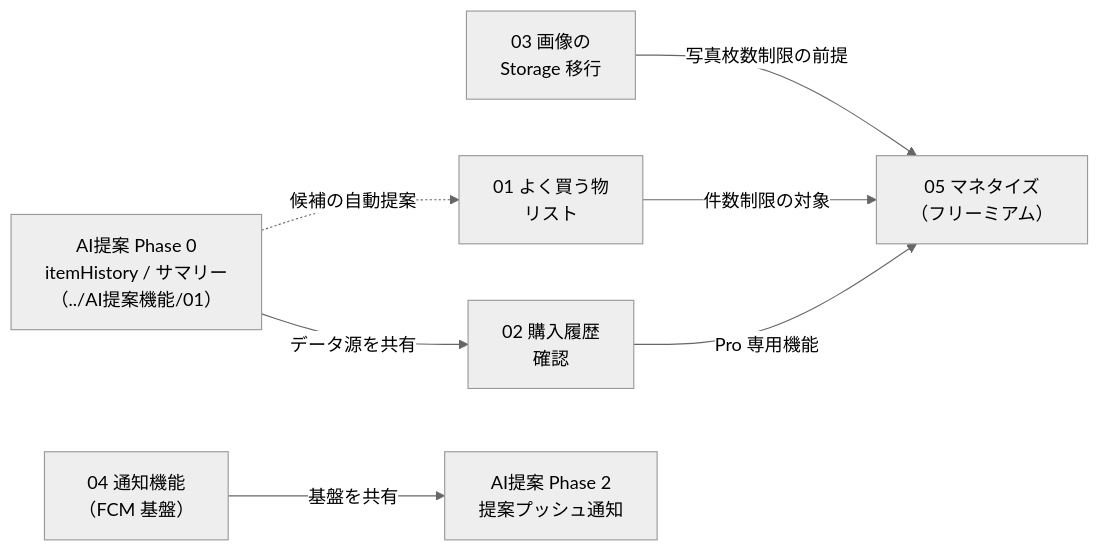
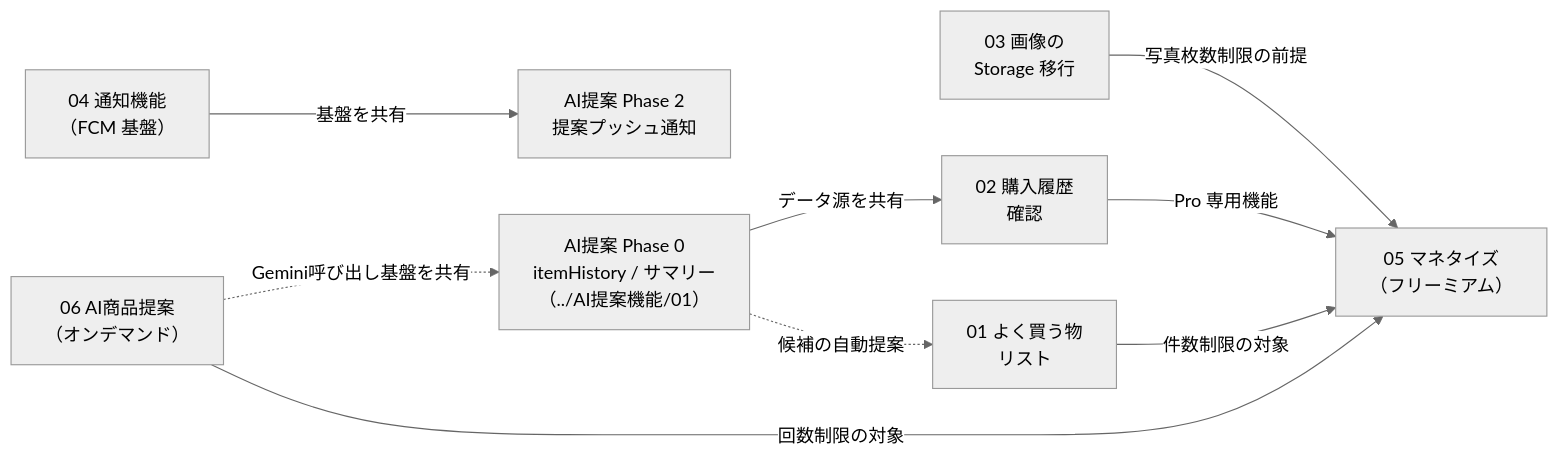
The diagram in docs/ドラフト/機能構想/README.md (ekusy/shopping-list-app-flutter), drawn with Mermaid (neutral theme) before and after one commit. The commit also changed other lines of this file and 2 other files, not shown here.

First line of the commit message:
docs: AI商品提案（オンデマンド）機能の構想ドラフトを追加

````diff
--- a/docs/ドラフト/機能構想/README.md
+++ b/docs/ドラフト/機能構想/README.md
@@ -18,17 +19,20 @@
 ```mermaid
 flowchart LR
     P0["AI提案 Phase 0<br/>itemHistory / サマリー<br/>（../AI提案機能/01）"]
     IMG["03 画像の<br/>Storage 移行"]
     FAV["01 よく買う物<br/>リスト"]
     HIST["02 購入履歴<br/>確認"]
     NOTIF["04 通知機能<br/>（FCM 基盤）"]
     AI2["AI提案 Phase 2<br/>提案プッシュ通知"]
     MON["05 マネタイズ<br/>（フリーミアム）"]
+    ASK["06 AI商品提案<br/>（オンデマンド）"]
 
     P0 -->|データ源を共有| HIST
     P0 -.->|候補の自動提案| FAV
     IMG -->|写真枚数制限の前提| MON
     FAV -->|件数制限の対象| MON
     HIST -->|Pro 専用機能| MON
     NOTIF -->|基盤を共有| AI2
+    ASK -.->|Gemini呼び出し基盤を共有| P0
+    ASK -->|回数制限の対象| MON
 ```
````
